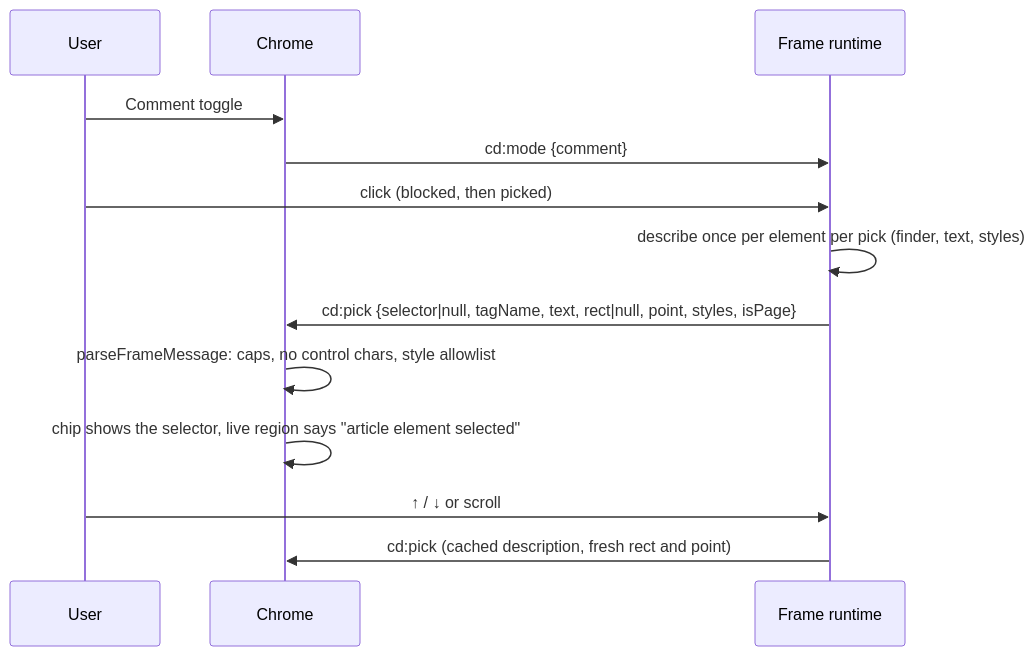
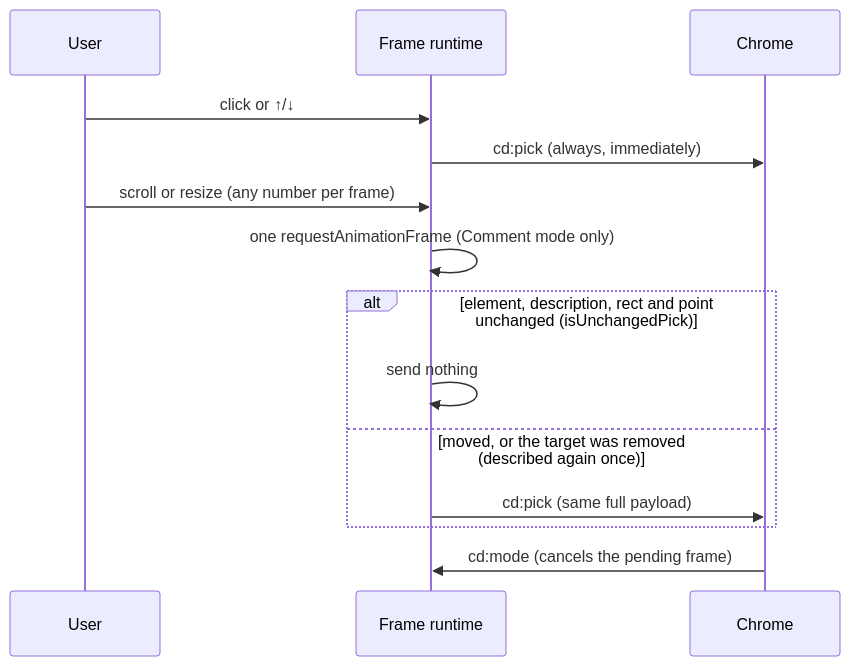
Before and after one commit to MarekBombera/cursor-design-extension: the diagram in blueprint/context/current-feature-overview.md, drawn with Mermaid. The commit also changed other lines of this file and 9 other files, not shown here.

Commit message:
fix: skip unchanged Comment-mode pick re-posts on scroll (F-46)

````diff
--- a/blueprint/context/current-feature-overview.md
+++ b/blueprint/context/current-feature-overview.md
@@ -11,15 +11,16 @@
 ```mermaid
 sequenceDiagram
   participant U as User
+  participant F as Frame runtime
   participant C as Chrome
-  participant F as Frame runtime
-  U->>C: Comment toggle
-  C->>F: cd:mode {comment}
-  U->>F: click (blocked, then picked)
-  F->>F: describe once per element per pick (finder, text, styles)
-  F->>C: cd:pick {selector|null, tagName, text, rect|null, point, styles, isPage}
-  C->>C: parseFrameMessage: caps, no control chars, style allowlist
-  C->>C: chip shows the selector, live region says "article element selected"
-  U->>F: ↑ / ↓ or scroll
-  F->>C: cd:pick (cached description, fresh rect and point)
+  U->>F: click or ↑/↓
+  F->>C: cd:pick (always, immediately)
+  U->>F: scroll or resize (any number per frame)
+  F->>F: one requestAnimationFrame (Comment mode only)
+  alt element, description, rect and point unchanged (isUnchangedPick)
+    F->>F: send nothing
+  else moved, or the target was removed (described again once)
+    F->>C: cd:pick (same full payload)
+  end
+  C->>F: cd:mode (cancels the pending frame)
 ```
````
